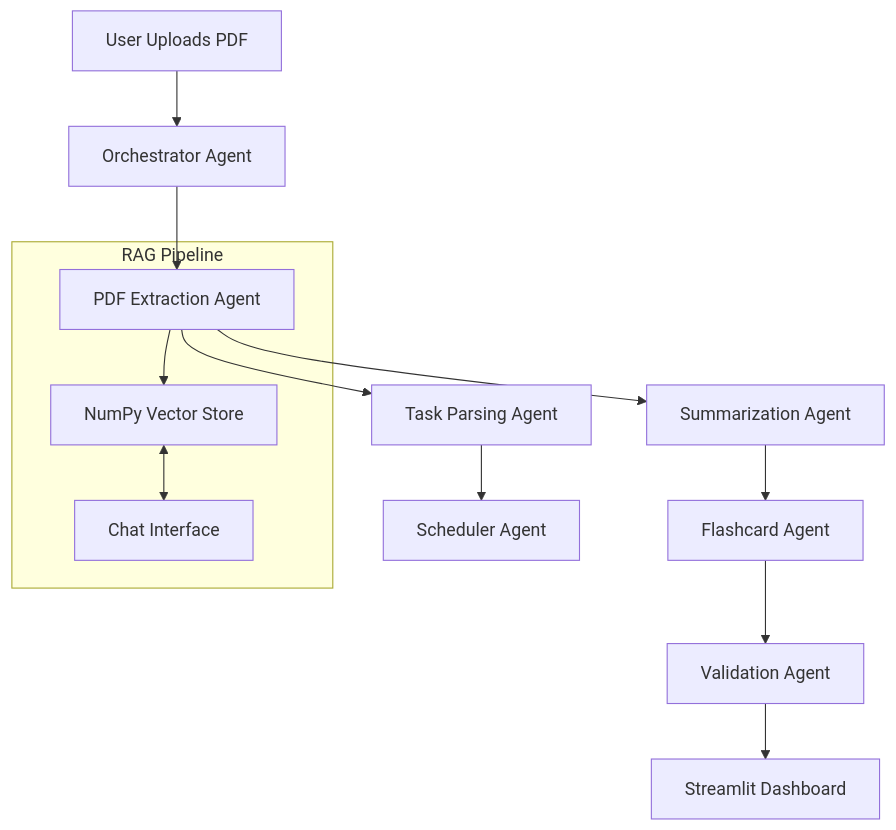
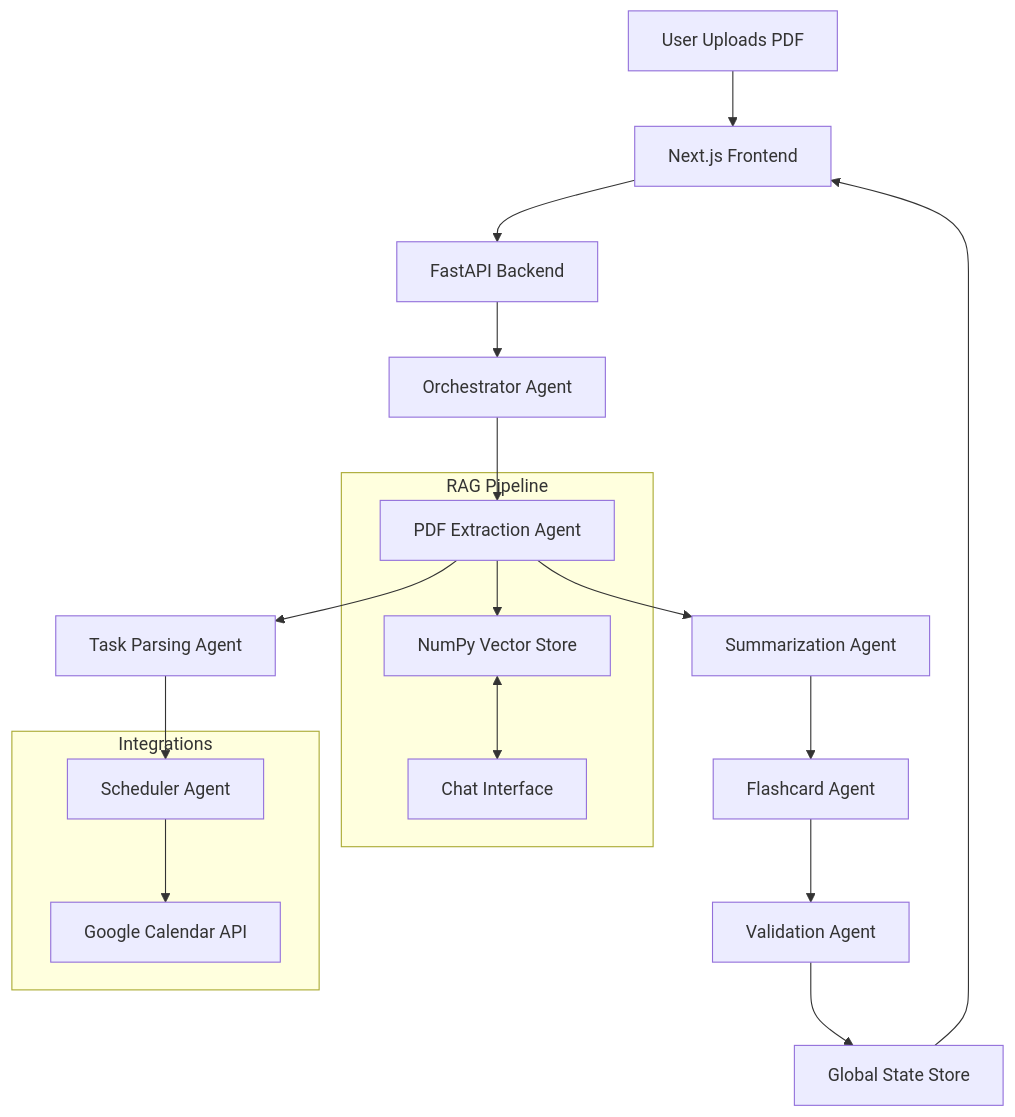
The diagram in README.md (Tharun007-TK/scholarflow-ai-agent), drawn with Mermaid before and after one commit. The commit also changed other lines of this file and 9 other files, not shown here.

````diff
--- a/README.md
+++ b/README.md
@@ -51,16 +54,23 @@
 ```mermaid
 graph TD
-    User[User Uploads PDF] --> Orchestrator[Orchestrator Agent]
+    User[User Uploads PDF] --> Frontend[Next.js Frontend]
+    Frontend --> API[FastAPI Backend]
+    API --> Orchestrator[Orchestrator Agent]
     Orchestrator --> Extractor[PDF Extraction Agent]
     Extractor --> Parser[Task Parsing Agent]
     Parser --> Scheduler[Scheduler Agent]
     Extractor --> Summarizer[Summarization Agent]
     Summarizer --> Flashcard[Flashcard Agent]
     Flashcard --> Validator[Validation Agent]
-    Validator --> UI[Streamlit Dashboard]
+    Validator --> Store[Global State Store]
+    Store --> Frontend
     
     subgraph "RAG Pipeline"
     Extractor --> VectorStore[NumPy Vector Store]
     VectorStore <--> Chat[Chat Interface]
     end
+
+    subgraph "Integrations"
+    Scheduler --> GCal[Google Calendar API]
+    end
 ```
````
